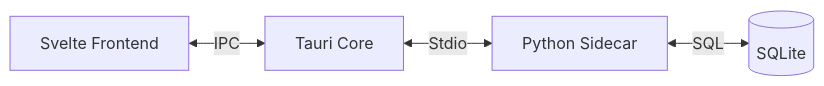
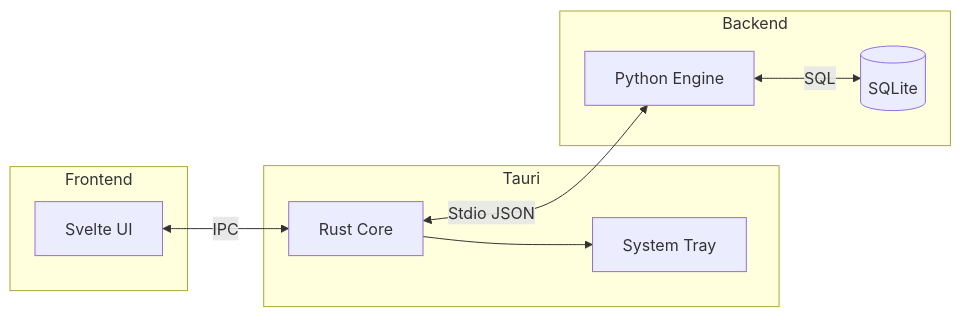
One commit to hei1sme/aura-app changed the diagram in README.md. Above: the diagram before and after it, drawn with Mermaid. The commit also changed other lines of this file and 11 other files, not shown here.

````diff
--- a/README.md
+++ b/README.md
@@ -71,6 +109,21 @@
 ```mermaid
 graph LR
-    UI[Svelte Frontend] <-->|IPC| Rust[Tauri Core]
-    Rust <-->|Stdio| Py[Python Sidecar]
-    Py <-->|SQL| DB[(SQLite)]
+    subgraph Frontend
+        UI[Svelte UI]
+    end
+    
+    subgraph Tauri
+        Core[Rust Core]
+        Tray[System Tray]
+    end
+    
+    subgraph Backend
+        Py[Python Engine]
+        DB[(SQLite)]
+    end
+    
+    UI <-->|IPC| Core
+    Core <-->|Stdio JSON| Py
+    Py <-->|SQL| DB
+    Core --> Tray
 ```
````
